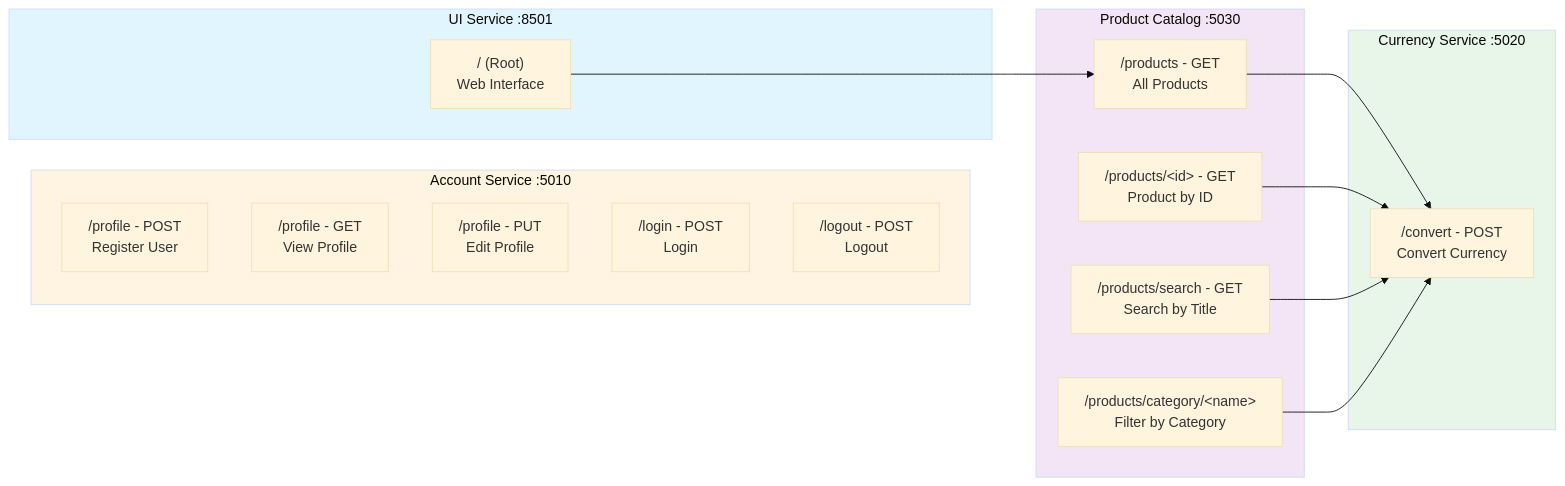
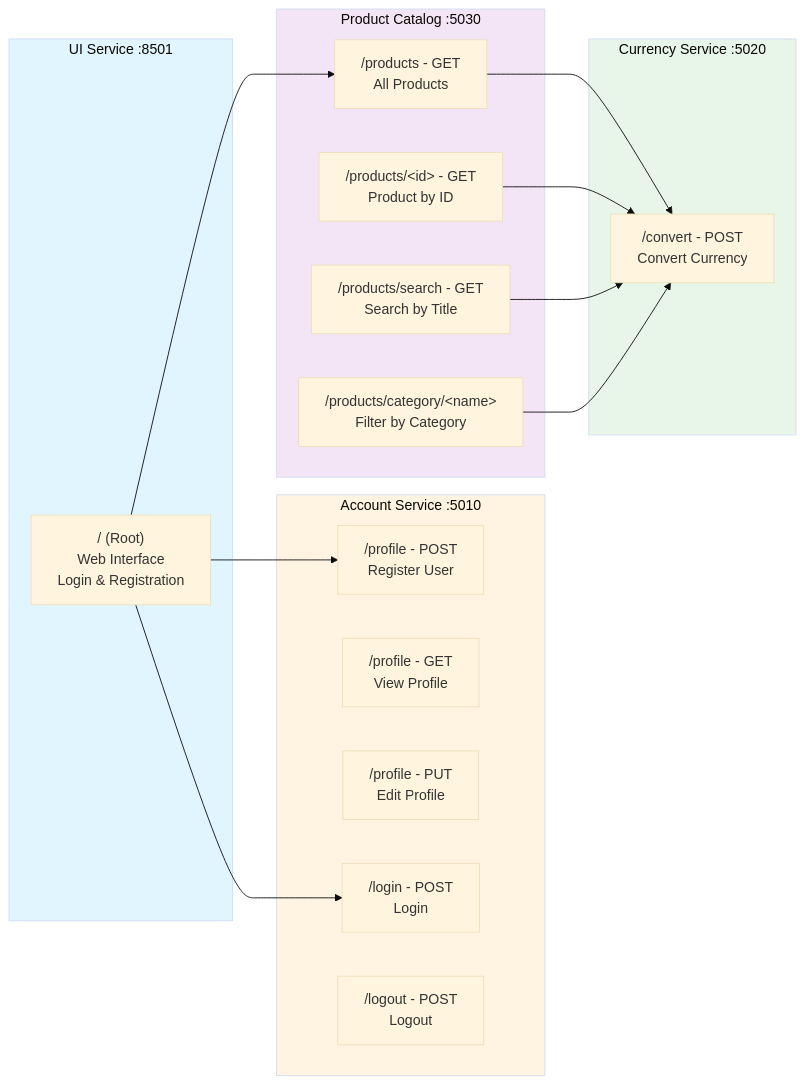
The third of 7 diagrams in documentation/arkitektur.md (ITAKEA/Shopping_Site_Microservices), drawn with Mermaid (base theme) before and after one commit. The commit also changed other lines of this file and 14 other files, not shown here.

````diff
--- a/documentation/arkitektur.md
+++ b/documentation/arkitektur.md
@@ -87,36 +111,38 @@
 ```mermaid
 graph LR
     subgraph Account["Account Service :5010"]
         A1["/profile - POST<br/>Register User"]
         A2["/profile - GET<br/>View Profile"]
         A3["/profile - PUT<br/>Edit Profile"]
         A4["/login - POST<br/>Login"]
         A5["/logout - POST<br/>Logout"]
     end
 
     subgraph Currency["Currency Service :5020"]
         C1["/convert - POST<br/>Convert Currency"]
     end
 
     subgraph Product["Product Catalog :5030"]
         P1["/products - GET<br/>All Products"]
         P2["/products/&lt;id&gt; - GET<br/>Product by ID"]
         P3["/products/search - GET<br/>Search by Title"]
         P4["/products/category/&lt;name&gt;<br/>Filter by Category"]
     end
 
     subgraph UI["UI Service :8501"]
-        U1["/ (Root)<br/>Web Interface"]
+        U1["/ (Root)<br/>Web Interface<br/>Login & Registration"]
     end
 
     P1 --> C1
     P2 --> C1
     P3 --> C1
     P4 --> C1
     U1 --> P1
+    U1 --> A4
+    U1 --> A1
 
     style Account fill:#fff4e1
     style Currency fill:#e8f5e9
     style Product fill:#f3e5f5
     style UI fill:#e1f5ff
 ```
````
